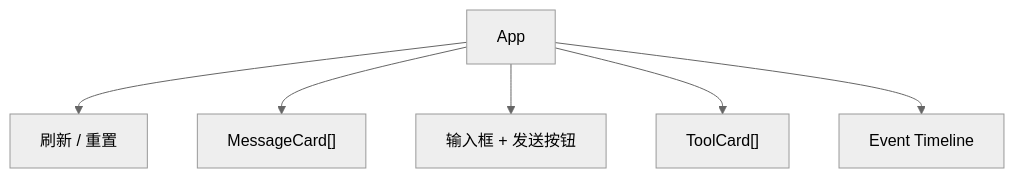
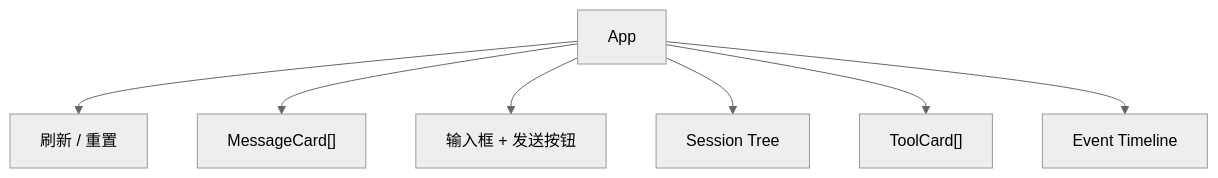
Before and after one commit to cellinlab/how-pi-agent-works: the diagram in docs/project/build-06-frontend.md, drawn with Mermaid (neutral theme). The commit also changed other lines of this file and 4 other files, not shown here.

````diff
--- a/docs/project/build-06-frontend.md
+++ b/docs/project/build-06-frontend.md
@@ -26,8 +26,9 @@
 ```mermaid
 flowchart TB
   App["App"] --> Topbar["刷新 / 重置"]
   App --> Chat["MessageCard[]"]
   App --> Composer["输入框 + 发送按钮"]
+  App --> Tree["Session Tree"]
   App --> Tools["ToolCard[]"]
   App --> Timeline["Event Timeline"]
 ```
````
